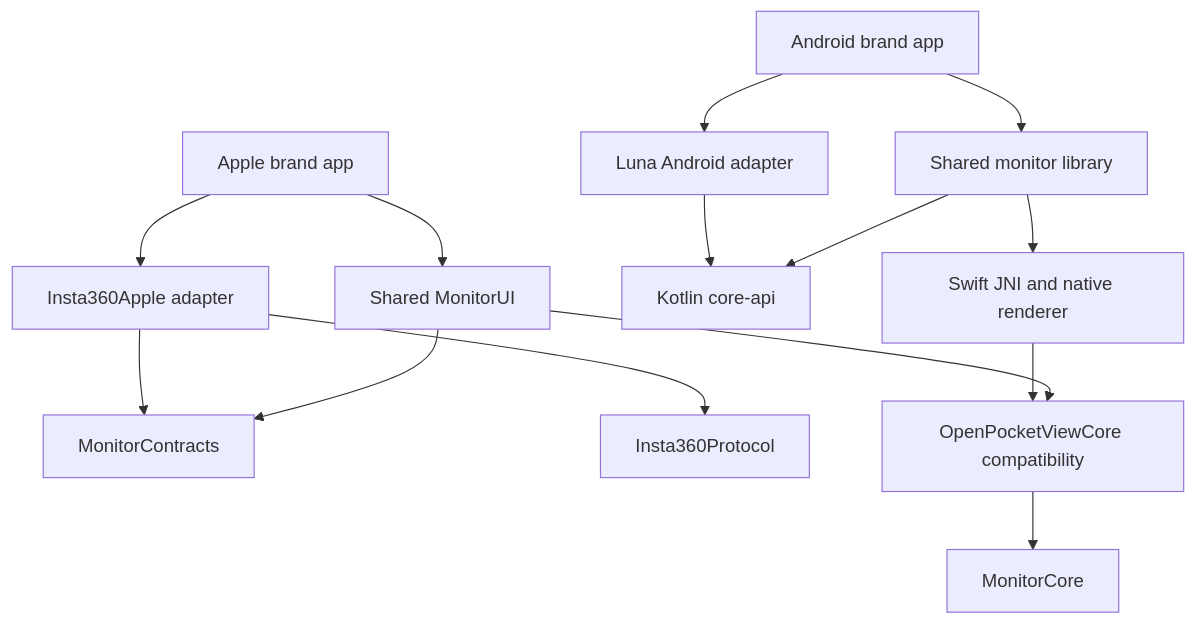
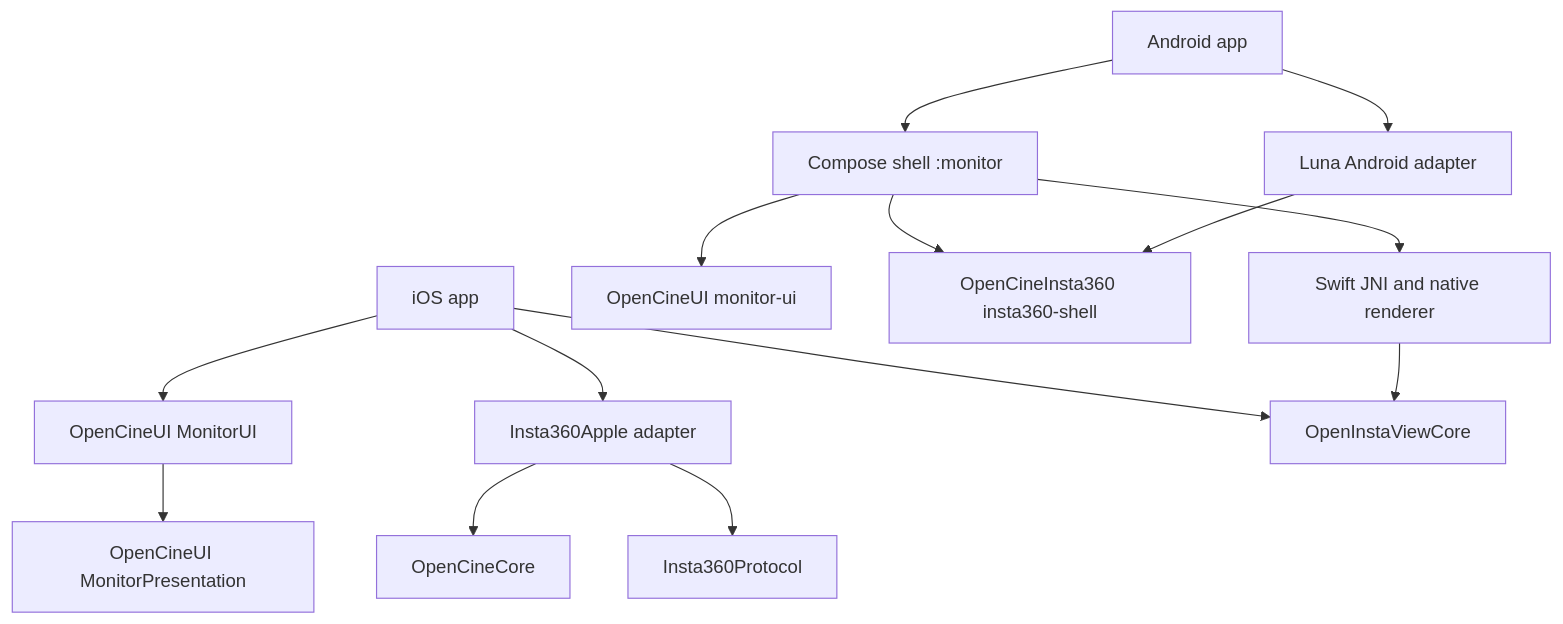
The diagram in docs/implementation/architecture.md (erik-sutton95/OpenInstaCine), drawn with Mermaid before and after one commit. The commit also changed other lines of this file and 1603 other files, not shown here.

First line of the commit message:
refactor: adopt shared OpenCine workflows for Luna (#11)

````diff
--- a/docs/implementation/architecture.md
+++ b/docs/implementation/architecture.md
@@ -32,16 +54,16 @@
 ```mermaid
 flowchart TD
-    Apple[Apple brand app] --> UI[Shared MonitorUI]
+    Apple[iOS app] --> UI[OpenCineUI MonitorUI]
+    UI --> Presentation[OpenCineUI MonitorPresentation]
     Apple --> LunaApple[Insta360Apple adapter]
-    UI --> Contracts[MonitorContracts]
-    LunaApple --> Contracts
+    Apple --> Core[OpenInstaViewCore]
+    LunaApple --> OCCore[OpenCineCore]
     LunaApple --> Protocol[Insta360Protocol]
-    UI --> Compat[OpenPocketViewCore compatibility]
-    Compat --> Core[MonitorCore]
-    Android[Android brand app] --> Compose[Shared monitor library]
+    Android[Android app] --> Monitor[Compose shell :monitor]
     Android --> LunaAndroid[Luna Android adapter]
-    Compose --> API[Kotlin core-api]
+    Monitor --> Compose[OpenCineUI monitor-ui]
+    Monitor --> API[OpenCineInsta360 insta360-shell]
     LunaAndroid --> API
-    Compose --> JNI[Swift JNI and native renderer]
-    JNI --> Compat
+    Monitor --> JNI[Swift JNI and native renderer]
+    JNI --> Core
 ```
````
